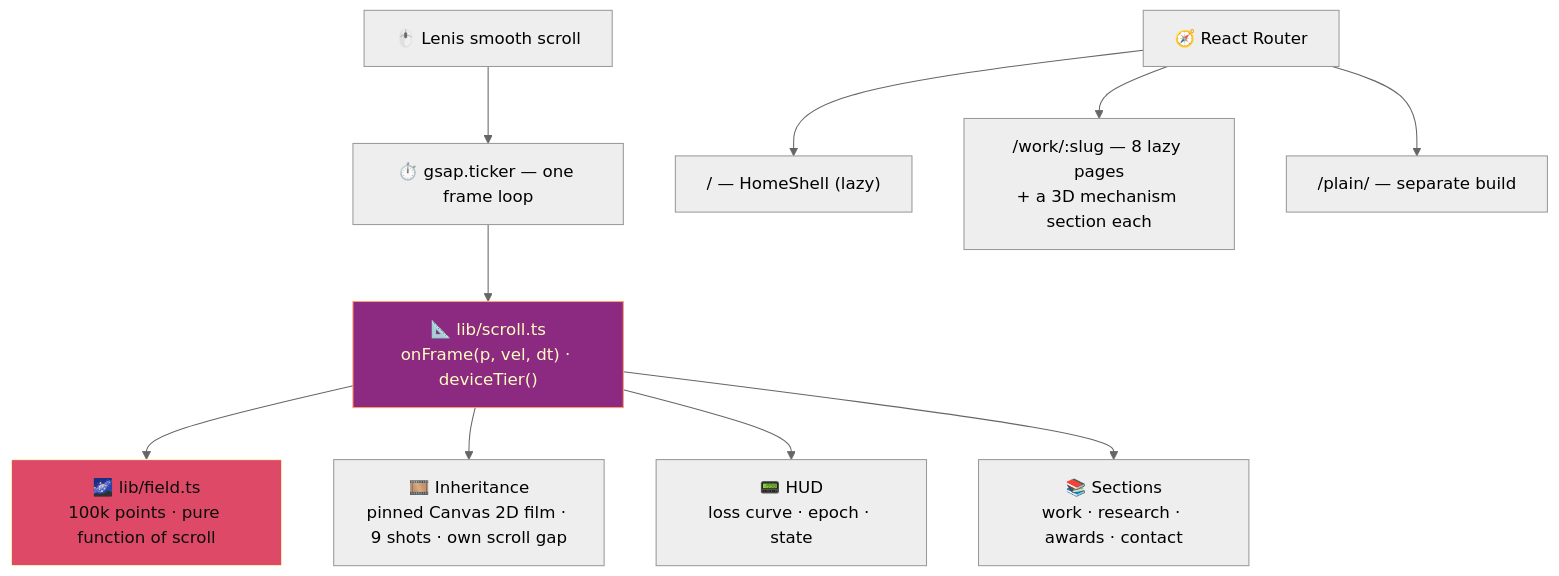
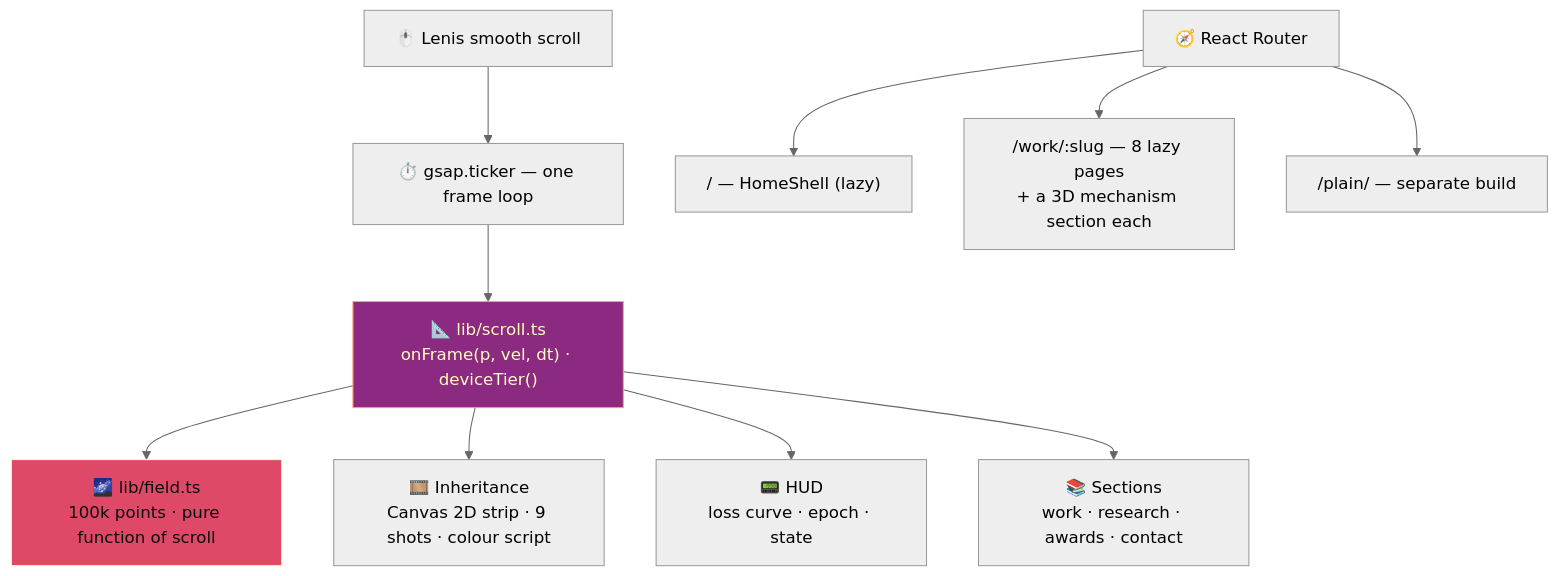
Before and after one commit to Vishal-AS-0407/portfolio: the diagram in README.md, drawn with Mermaid (neutral theme). The commit also changed other lines of this file and 18 other files, not shown here.

First line of the commit message:
feat(story): Inheritance back on the bottom edge as a panoramic strip; drop the preloader

````diff
--- a/README.md
+++ b/README.md
@@ -94,14 +94,14 @@
 ```mermaid
 flowchart TD
     SCROLL["🖱️ Lenis smooth scroll"] --> TICK["⏱️ gsap.ticker — one frame loop"]
     TICK --> SPINE["📐 lib/scroll.ts<br/>onFrame(p, vel, dt) · deviceTier()"]
     SPINE --> FIELD["🌌 lib/field.ts<br/>100k points · pure function of scroll"]
-    SPINE --> STORY["🎞️ Inheritance<br/>pinned Canvas 2D film · 9 shots · own scroll gap"]
+    SPINE --> STORY["🎞️ Inheritance<br/>Canvas 2D strip · 9 shots · colour script"]
     SPINE --> HUD["📟 HUD<br/>loss curve · epoch · state"]
     SPINE --> SECTIONS["📚 Sections<br/>work · research · awards · contact"]
     ROUTER["🧭 React Router"] --> HOME["/ — HomeShell (lazy)"]
     ROUTER --> WORK["/work/:slug — 8 lazy pages<br/>+ a 3D mechanism section each"]
     ROUTER --> PLAIN["/plain/ — separate build"]
     style SPINE fill:#8C2981,stroke:#FE9F6D,color:#FCFDBF
     style FIELD fill:#DE4968,stroke:#FCFDBF,color:#0C0D0B
 ```
````
